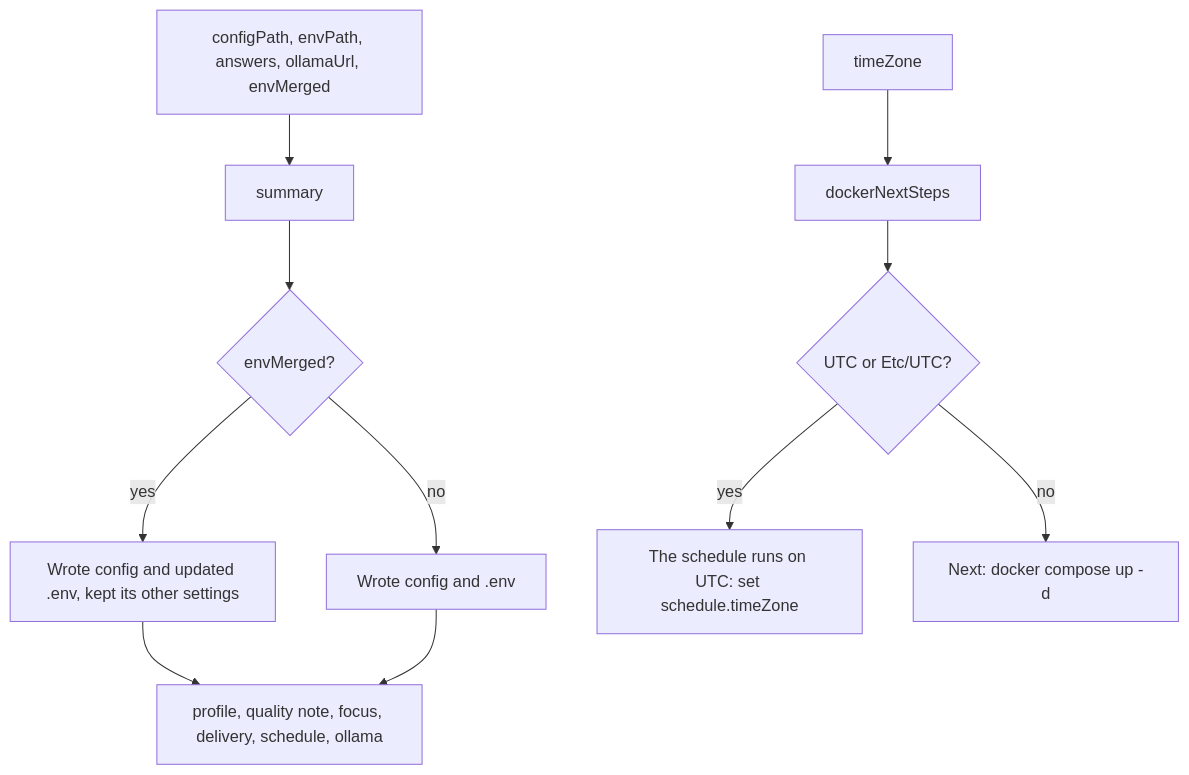
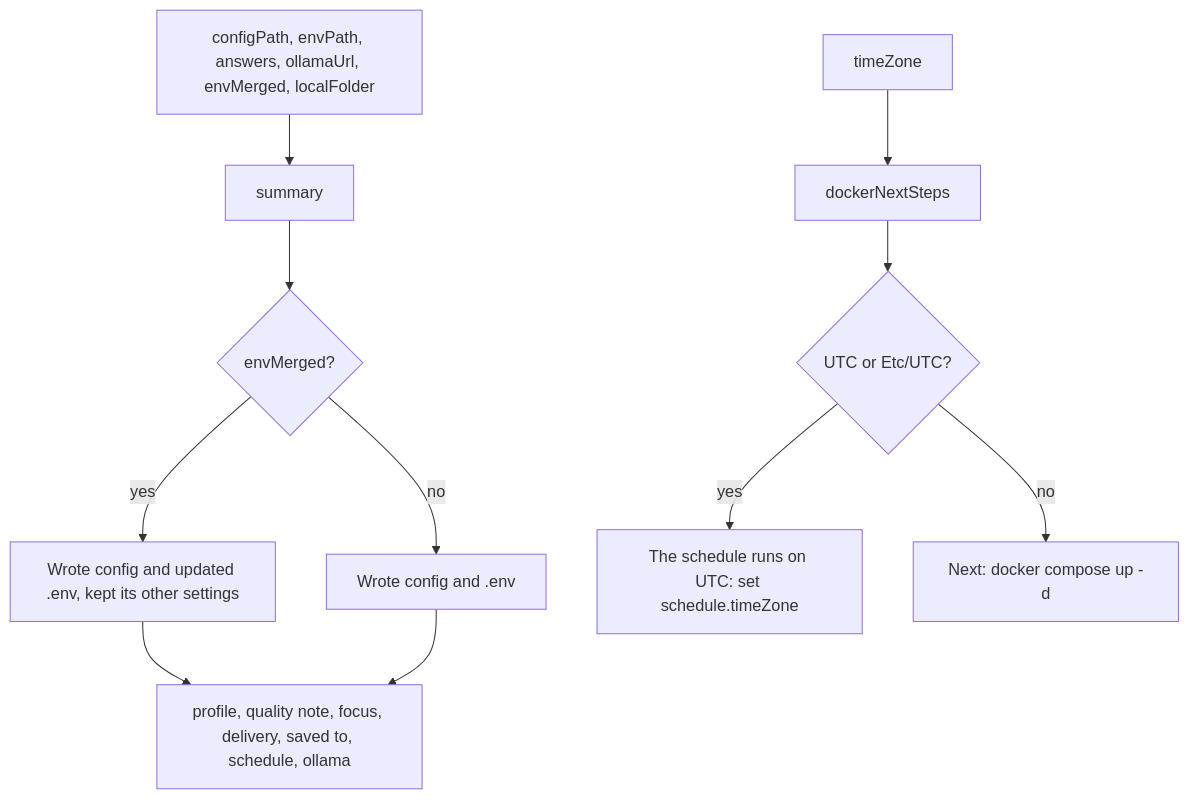
Before and after one commit to odere-pro/weekly-engineering-digest-agent: the diagram in src/cli/init/summary/CLAUDE.md, drawn with Mermaid. The commit also changed other lines of this file and 21 other files, not shown here.

First line of the commit message:
feat(init): offer Save locally, with its folder, in delivery (W12-05)

````diff
--- a/src/cli/init/summary/CLAUDE.md
+++ b/src/cli/init/summary/CLAUDE.md
@@ -8,11 +8,11 @@
 ```mermaid
 flowchart TD
-  info["configPath, envPath, answers, ollamaUrl, envMerged"] --> summary
+  info["configPath, envPath, answers, ollamaUrl, envMerged, localFolder"] --> summary
   summary --> wrote{"envMerged?"}
   wrote -->|yes| updated["Wrote config and updated .env, kept its other settings"]
   wrote -->|no| fresh["Wrote config and .env"]
-  updated & fresh --> lines["profile, quality note, focus, delivery, schedule, ollama"]
+  updated & fresh --> lines["profile, quality note, focus, delivery, saved to, schedule, ollama"]
   zone["timeZone"] --> docker["dockerNextSteps"] --> utc{"UTC or Etc/UTC?"}
   utc -->|yes| warn["The schedule runs on UTC: set schedule.timeZone"]
   utc -->|no| next["Next: docker compose up -d"]
 ```
````
